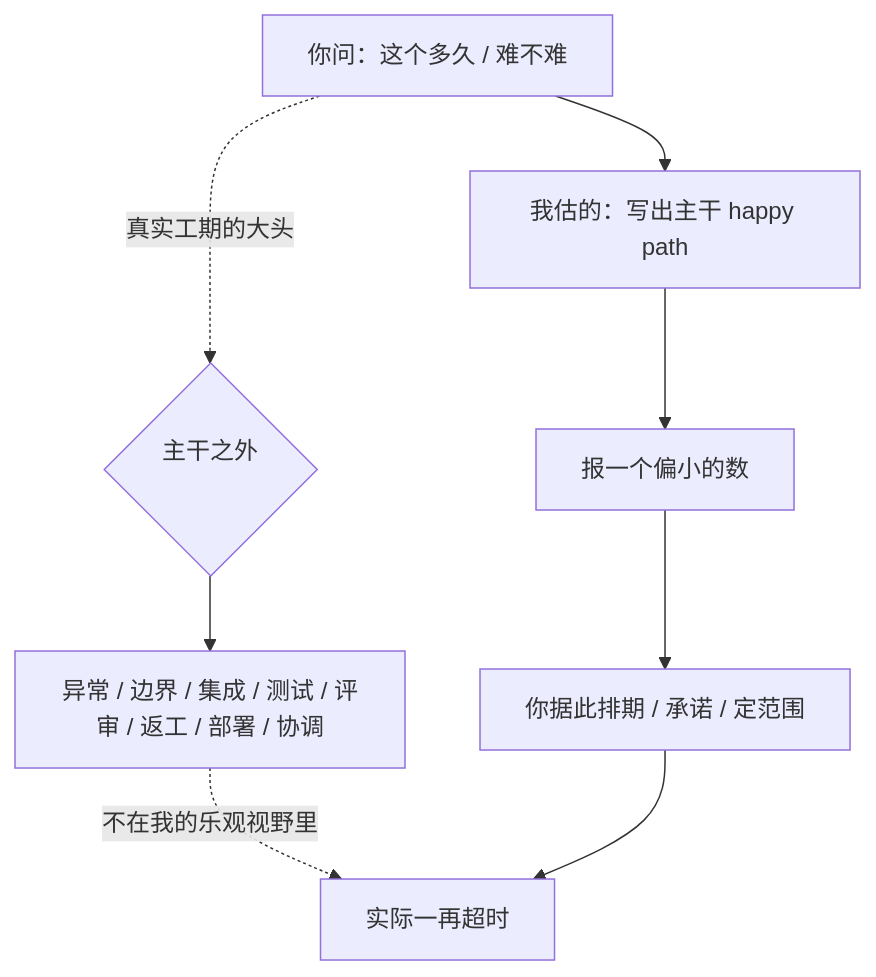
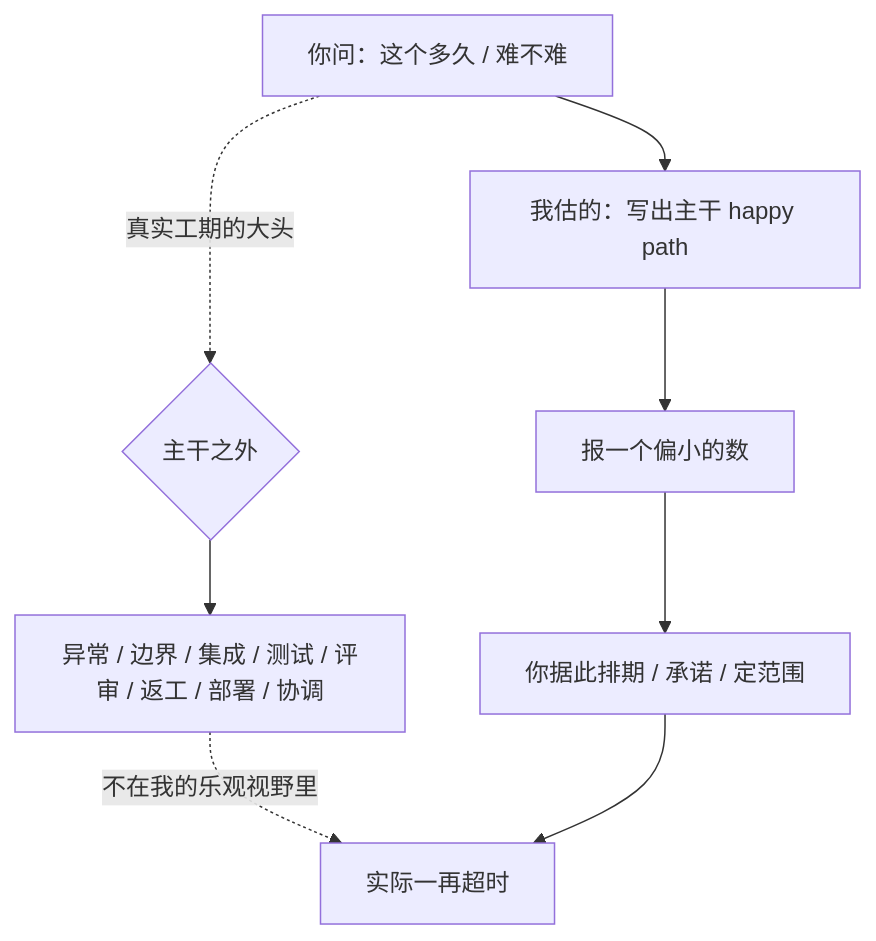
The diagram in docs/01-ideation-feasibility/underestimating-effort.mdx (XuebinMa/AIWiki), drawn with Mermaid before and after one commit. The commit also changed 99 other files, not shown here.

First line of the commit message:
fix(mermaid): 全局根治节点文字裁切（htmlLabels:false + 清理 br/nbsp 占位）(#26)

````diff
--- a/docs/01-ideation-feasibility/underestimating-effort.mdx
+++ b/docs/01-ideation-feasibility/underestimating-effort.mdx
@@ -38,10 +38,10 @@
 ```mermaid
 flowchart TD
     A[你问：这个多久 / 难不难] --> B[我估的：写出主干 happy path]
     B --> C[报一个偏小的数]
     C --> D[你据此排期 / 承诺 / 定范围]
-    A -. 真实工期的大头 .-> E{主干之外<br/>&nbsp;}
+    A -. 真实工期的大头 .-> E{主干之外}
     E --> F[异常 / 边界 / 集成 / 测试 / 评审 / 返工 / 部署 / 协调]
     F -. 不在我的乐观视野里 .-> G[实际一再超时]
     D --> G
 ```
````
